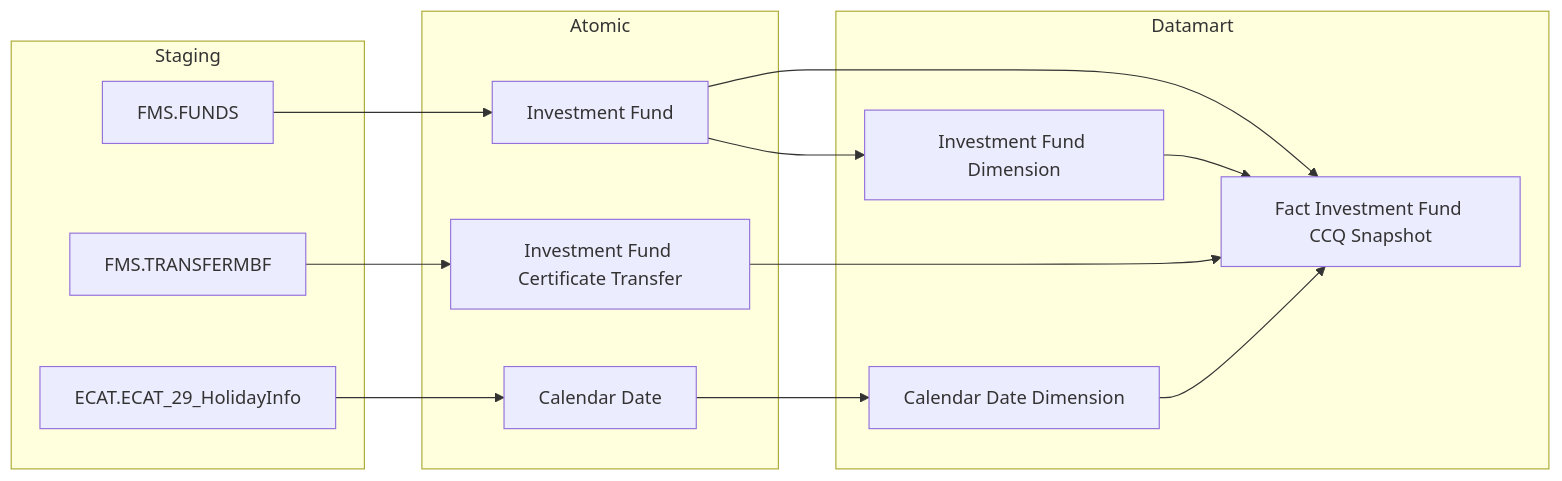
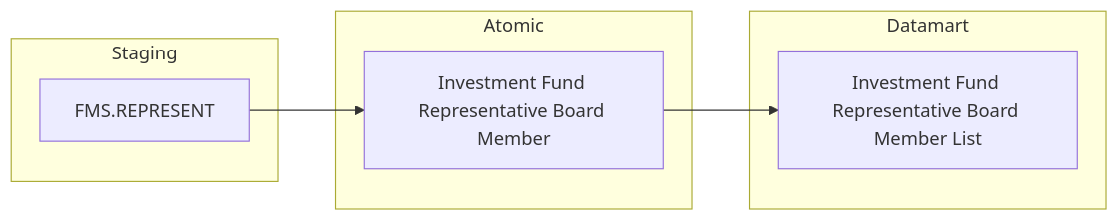
The sixth of 37 diagrams in Datamart/hld/DTM_FMS_HLD.md (linhlvit/ubck_atomic_design), drawn with Mermaid before and after one commit. The commit also changed other lines of this file and 5 other files, not shown here.

````diff
--- a/Datamart/hld/DTM_FMS_HLD.md
+++ b/Datamart/hld/DTM_FMS_HLD.md
@@ -239,32 +168,18 @@
 ```mermaid
 flowchart LR
     subgraph SRC["Staging"]
-        FMS_FUNDS["FMS.FUNDS"]
-        FMS_TRANSFERMBF["FMS.TRANSFERMBF"]
-        ECAT_ECAT_29_HolidayInfo["ECAT.ECAT_29_HolidayInfo"]
+        FMS_REPRESENT["FMS.REPRESENT"]
     end
 
     subgraph SIL["Atomic"]
-        Investment_Fund["Investment Fund"]
-        Investment_Fund_Certificate_Transfer["Investment Fund Certificate Transfer"]
-        Calendar_Date["Calendar Date"]
+        Investment_Fund_Representative_Board_Member["Investment Fund Representative Board Member"]
     end
 
     subgraph GOLD["Datamart"]
-        fct_inv_fnd_ccq_snpst["Fact Investment Fund CCQ Snapshot"]
-        inv_fnd_dim["Investment Fund Dimension"]
-        cdr_dt_dim["Calendar Date Dimension"]
+        inv_fnd_rep_brd_mbr_lst["Investment Fund Representative Board Member List"]
     end
 
-    FMS_FUNDS --> Investment_Fund
-    FMS_TRANSFERMBF --> Investment_Fund_Certificate_Transfer
-    ECAT_ECAT_29_HolidayInfo --> Calendar_Date
+    FMS_REPRESENT --> Investment_Fund_Representative_Board_Member
 
-    Investment_Fund --> fct_inv_fnd_ccq_snpst
-    Investment_Fund_Certificate_Transfer --> fct_inv_fnd_ccq_snpst
-    Investment_Fund --> inv_fnd_dim
-    Calendar_Date --> cdr_dt_dim
-
-    inv_fnd_dim --> fct_inv_fnd_ccq_snpst
-    cdr_dt_dim --> fct_inv_fnd_ccq_snpst
+    Investment_Fund_Representative_Board_Member --> inv_fnd_rep_brd_mbr_lst
 ```
````
